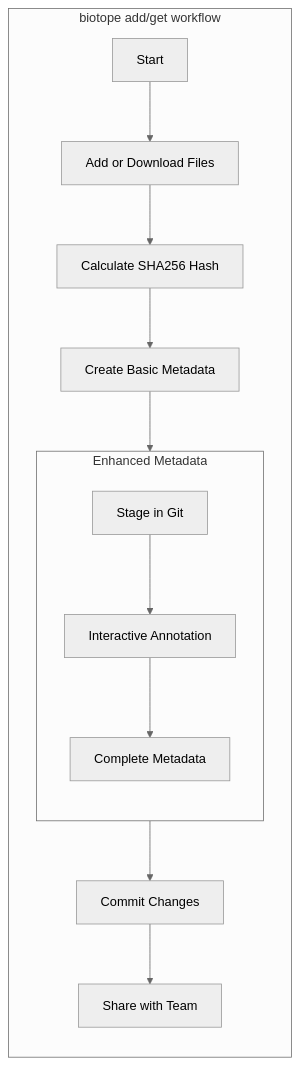
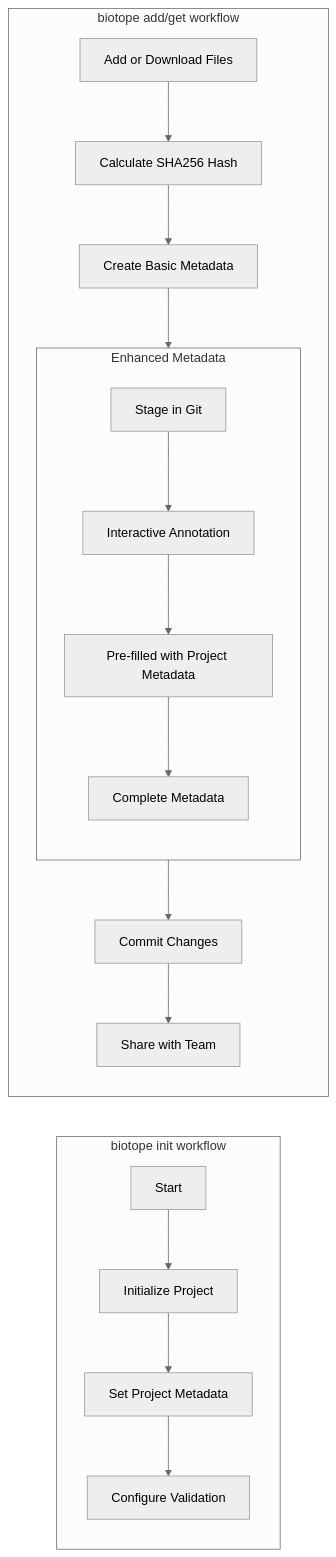
The diagram in docs/learn/tutorials/index.md (heispv/biotope), drawn with Mermaid (neutral theme) before and after one commit. The commit also changed other lines of this file and 13 other files, not shown here.

First line of the commit message:
feat: update init to more comprehensive workflow (#4)

````diff
--- a/docs/learn/tutorials/index.md
+++ b/docs/learn/tutorials/index.md
@@ -12,19 +12,26 @@
 ```mermaid
 graph LR
+    subgraph "biotope init workflow"
+        direction TB
+        A[Start] --> B[Initialize Project]
+        B --> C[Set Project Metadata]
+        C --> D[Configure Validation]
+    end
+    
     subgraph "biotope add/get workflow"
         direction TB
-        A[Start] --> B[Add or Download Files]
-        B --> C[Calculate SHA256 Hash]
-        C --> D[Create Basic Metadata]
-        D --> E[Stage in Git]
+        E[Add or Download Files] --> F[Calculate SHA256 Hash]
+        F --> G[Create Basic Metadata]
+        G --> H[Stage in Git]
         
         subgraph "Enhanced Metadata"
             direction TB
-            E --> F[Interactive Annotation]
-            F --> G[Complete Metadata]
+            H --> I[Interactive Annotation]
+            I --> J[Pre-filled with Project Metadata]
+            J --> K[Complete Metadata]
         end
         
-        G --> H[Commit Changes]
-        H --> I[Share with Team]
+        K --> L[Commit Changes]
+        L --> M[Share with Team]
     end
 ```
````
